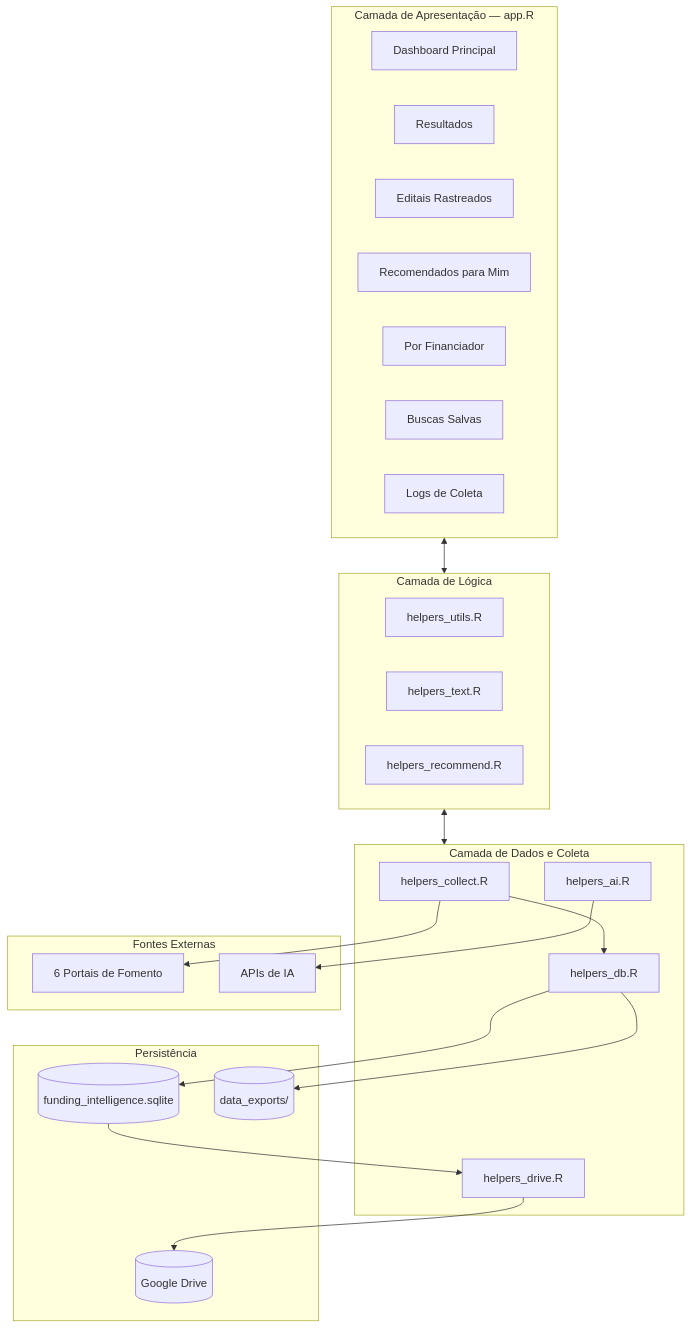
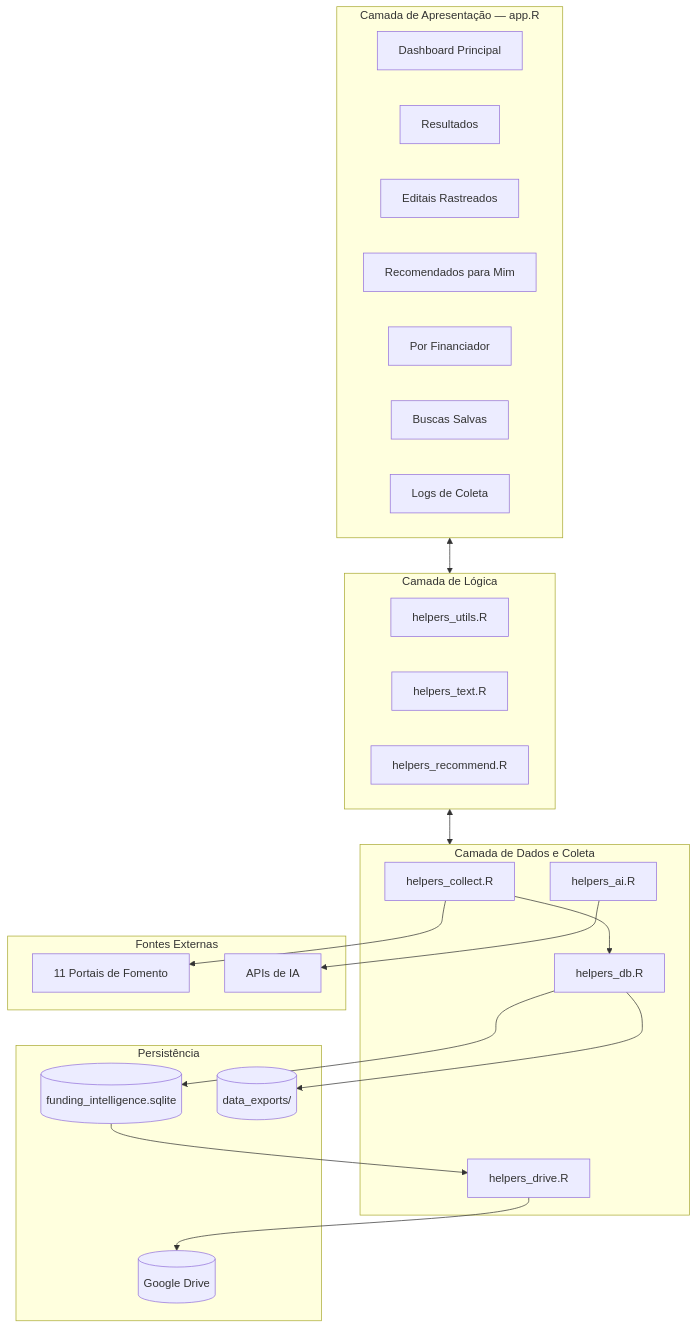
One commit to NEI-Senai-Cimatec/funding_intelligence changed the diagram in README.md. Above: the diagram before and after it, drawn with Mermaid. The commit also changed other lines of this file and 4 other files, not shown here.

````diff
--- a/README.md
+++ b/README.md
@@ -71,46 +71,46 @@
 ```mermaid
 flowchart TD
     subgraph UI [Camada de Apresentação — app.R]
         Dashboard[Dashboard Principal]
         TabResultados[Resultados]
         TabRastreados[Editais Rastreados]
         TabRecomendados[Recomendados para Mim]
         TabFinanciador[Por Financiador]
         TabBuscas[Buscas Salvas]
         TabLogs[Logs de Coleta]
     end
 
     subgraph Core [Camada de Lógica]
         Utils[helpers_utils.R]
         TextSearch[helpers_text.R]
         Recommend[helpers_recommend.R]
     end
 
     subgraph Data [Camada de Dados e Coleta]
         Collect[helpers_collect.R]
         DB[helpers_db.R]
         AI[helpers_ai.R]
         Drive[helpers_drive.R]
     end
 
     subgraph Storage [Persistência]
         SQLite[(funding_intelligence.sqlite)]
         GDrive[(Google Drive)]
         Exports[(data_exports/)]
     end
 
     subgraph External [Fontes Externas]
-        Fontes[6 Portais de Fomento]
+        Fontes[11 Portais de Fomento]
         LLMAPIs[APIs de IA]
     end
 
     UI <--> Core
     Core <--> Data
     Collect --> Fontes
     AI --> LLMAPIs
     DB --> SQLite
     Drive --> GDrive
     Collect --> DB
     DB --> Exports
     SQLite --> Drive
 ```
````
